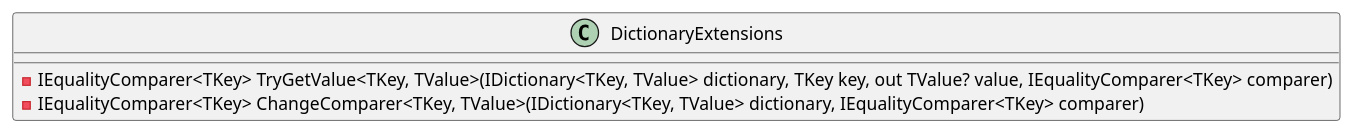
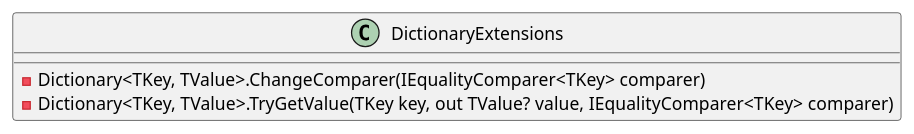
One commit to mwwhited-forks/dotnet-libs changed the fourth of 4 diagrams in docs/generated/Framework/Eliassen.Extensions/Linq/Documentation.md. Above: the diagram before and after it, drawn with PlantUML. The commit also changed other lines of this file and 444 other files, not shown here.

````diff
--- a/docs/generated/Framework/Eliassen.Extensions/Linq/Documentation.md
+++ b/docs/generated/Framework/Eliassen.Extensions/Linq/Documentation.md
@@ -46,9 +121,9 @@
 ```plantuml
 @startuml
 class DictionaryExtensions {
-  - IEqualityComparer<TKey> TryGetValue<TKey, TValue>(IDictionary<TKey, TValue> dictionary, TKey key, out TValue? value, IEqualityComparer<TKey> comparer)
-  - IEqualityComparer<TKey> ChangeComparer<TKey, TValue>(IDictionary<TKey, TValue> dictionary, IEqualityComparer<TKey> comparer)
+  - Dictionary<TKey, TValue>.ChangeComparer(IEqualityComparer<TKey> comparer)
+  - Dictionary<TKey, TValue>.TryGetValue(TKey key, out TValue? value, IEqualityComparer<TKey> comparer)
 }
 
 @enduml
 ```
````
